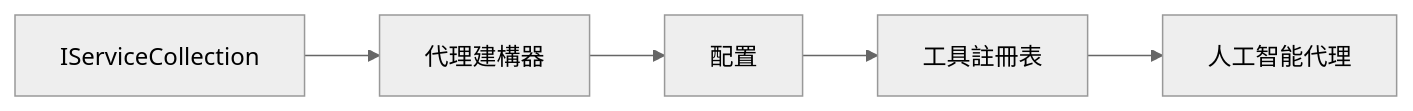
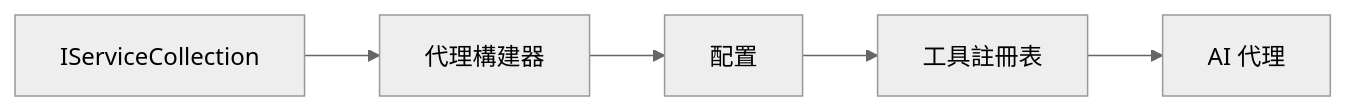
The diagram in translations/zh-MO/03-agentic-design-patterns/code_samples/03-dotnet-agent-framework.md (venturemavenwill/azureaifundamentals), drawn with Mermaid (neutral theme) before and after one commit. The commit also changed other lines of this file and 2002 other files, not shown here.

````diff
--- a/translations/zh-MO/03-agentic-design-patterns/code_samples/03-dotnet-agent-framework.md
+++ b/translations/zh-MO/03-agentic-design-patterns/code_samples/03-dotnet-agent-framework.md
@@ -41,7 +41,7 @@
 ```mermaid
 graph LR
-    A[IServiceCollection] --> B[代理建構器]
+    A[IServiceCollection] --> B[代理構建器]
     B --> C[配置]
     C --> D[工具註冊表]
-    D --> E[人工智能代理]
+    D --> E[AI 代理]
 ```
````
